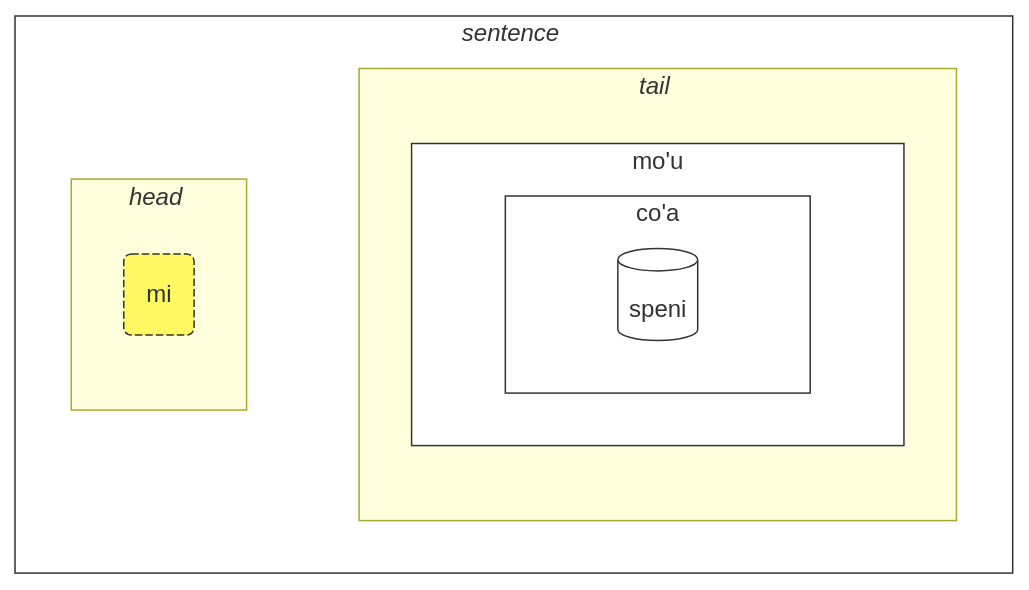
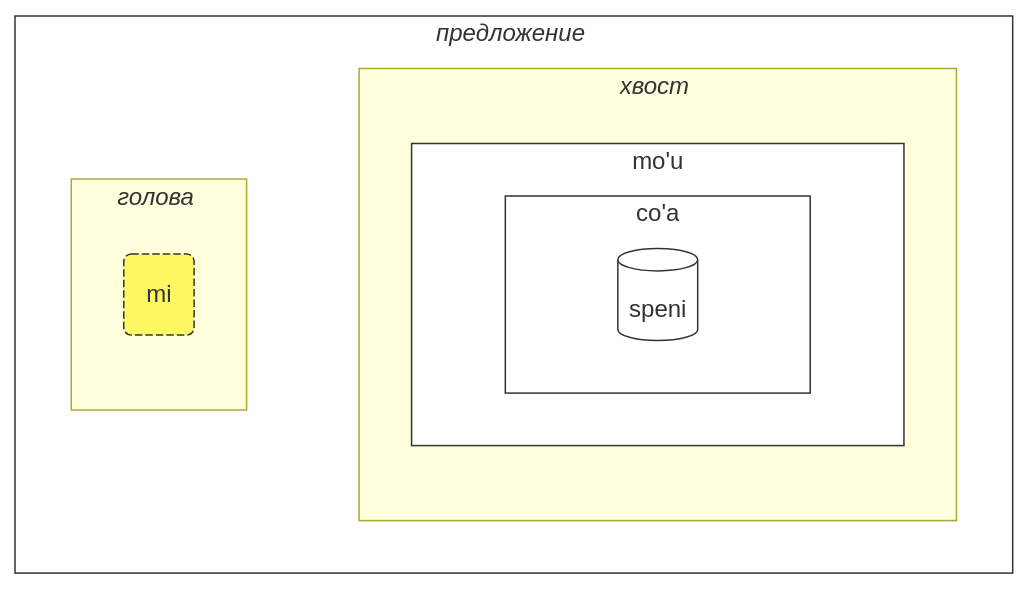
One commit to La-Lojban/lojban.pw changed the second of 2 diagrams in data/pages/ru/books/learn-lojban/!2.md. Above: the diagram before and after it, drawn with Mermaid. The commit also changed other lines of this file and 29 other files, not shown here.

````diff
--- a/data/pages/ru/books/learn-lojban/!2.md
+++ b/data/pages/ru/books/learn-lojban/!2.md
@@ -1506,32 +2060,32 @@
 ```mermaid
 flowchart LR
     %% common structure:
-    subgraph sentence["<i>sentence</i>#nbsp;"]
+    subgraph sentence["<i>предложение</i>#nbsp;"]
         direction LR
         head-terms
         tail
     end
     head-terms ~~~ tail
-    subgraph head-terms["<i>head</i>#nbsp;"]
+    subgraph head-terms["<i>голова</i>#nbsp;"]
         t1
     end
-    subgraph tail["<i>tail</i>#nbsp;"]
+    subgraph tail["<i>хвост</i>#nbsp;"]
         subgraph m1["mo'u"]
             subgraph m2["co'a"]
                 brivla
             end
         end
     end
 
     t1(mi)
     brivla[(speni)]
 
     classDef blabi fill:#fff,stroke:#333;
     class m1 blabi;
     class m2 blabi;
     class sentence blabi;
 
     classDef x fill:#FFF863,stroke:#333,stroke-width:1px,stroke-dasharray: 5 2;
     class t1 x;
     class brivla blabi;
 ```
````
